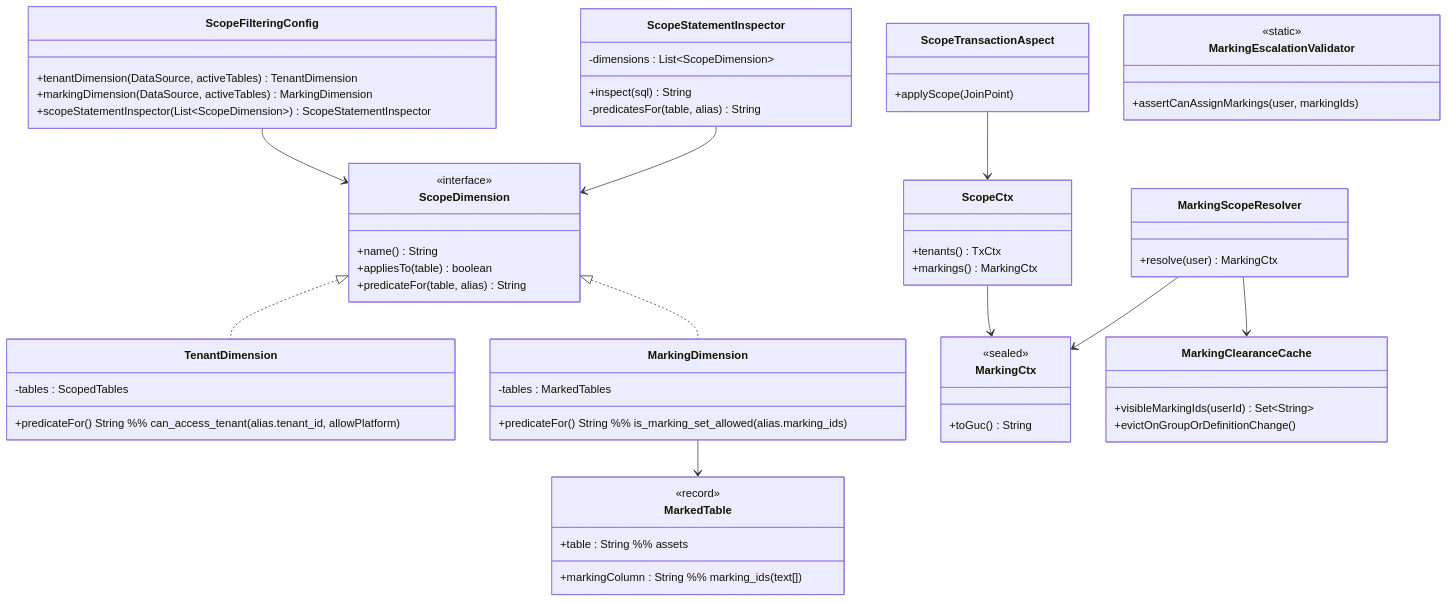
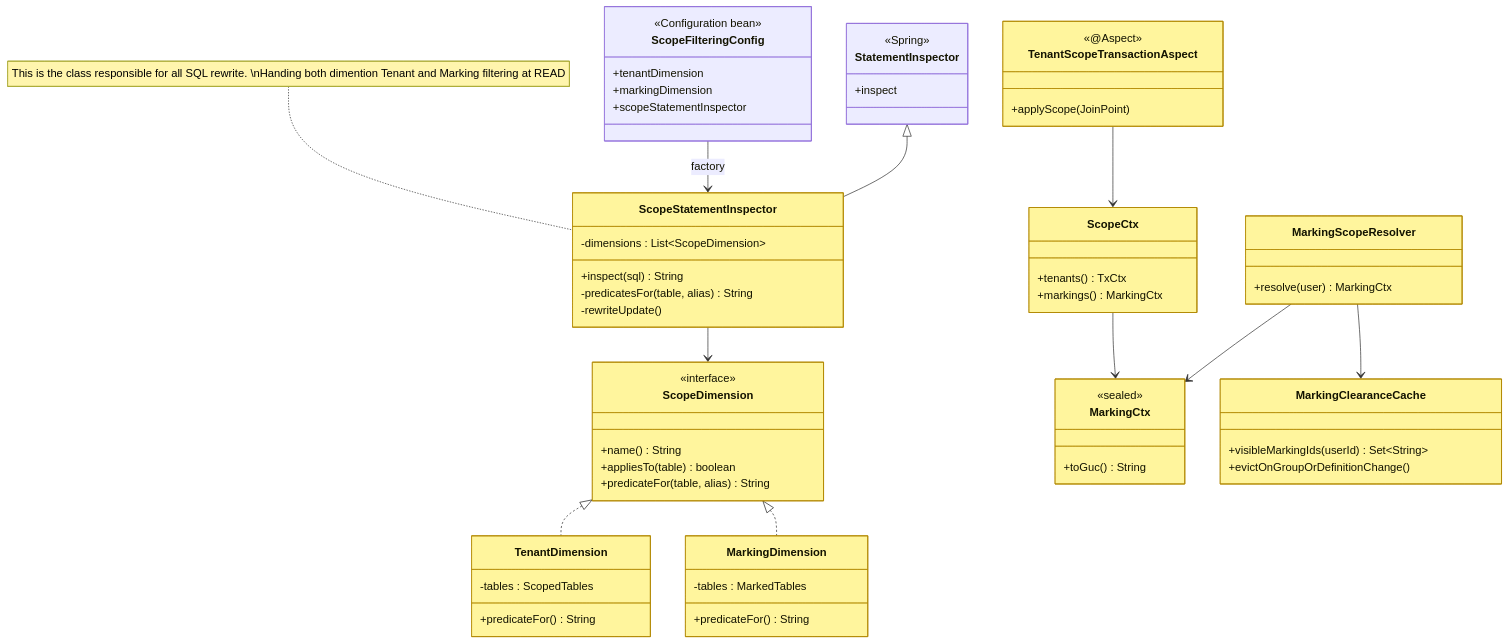
One commit to OpenAEV-Platform/openaev changed the fifth of 7 diagrams in brainstorming/marking/tech-design-option-c.md. Above: the diagram before and after it, drawn with Mermaid. The commit also changed other lines of this file and 1 other file, not shown here.

````diff
--- a/brainstorming/marking/tech-design-option-c.md
+++ b/brainstorming/marking/tech-design-option-c.md
@@ -371,34 +487,33 @@
 
     class TenantDimension {
       -tables : ScopedTables
-      +predicateFor() String  %% can_access_tenant(alias.tenant_id, allowPlatform)
+      +predicateFor() String  
     }
 
     class MarkingDimension {
       -tables : MarkedTables
-      +predicateFor() String  %% is_marking_set_allowed(alias.marking_ids)
+      +predicateFor() String  
     }
 
-    class MarkedTable {
-      <<record>>
-      +table : String            %% assets
-      +markingColumn : String    %% marking_ids  (text[])
-    }
-
+  class StatementInspector {
+    <<Spring>>
+    +inspect
+  }
     class ScopeStatementInspector {
       -dimensions : List~ScopeDimension~
       +inspect(sql) String
       -predicatesFor(table, alias) String
+      -rewriteUpdate()
     }
 
     class ScopeFilteringConfig {
-      +tenantDimension(DataSource, activeTables) TenantDimension
-      +markingDimension(DataSource, activeTables) MarkingDimension
-      +scopeStatementInspector(List~ScopeDimension~) ScopeStatementInspector
+      <<Configuration bean>>
+      +tenantDimension
+      +markingDimension
+      +scopeStatementInspector
     }
 
     class ScopeCtx {
-      %% assembled by the aspect, not a REST parameter (§4.1.1)
       +tenants() TxCtx
       +markings() MarkingCtx
     }
@@ -417,22 +532,31 @@
       +evictOnGroupOrDefinitionChange()
     }
 
-    class ScopeTransactionAspect {
+    class TenantScopeTransactionAspect {
+        <<@Aspect>>
       +applyScope(JoinPoint)
     }
 
-    class MarkingEscalationValidator {
-      <<static>>
-      +assertCanAssignMarkings(user, markingIds)
-    }
-
+    
+    ScopeFilteringConfig --> ScopeStatementInspector : factory
     ScopeDimension <|.. TenantDimension
     ScopeDimension <|.. MarkingDimension
-    MarkingDimension --> MarkedTable
-    ScopeFilteringConfig --> ScopeDimension
+    StatementInspector <|-- ScopeStatementInspector
     ScopeStatementInspector --> ScopeDimension
-    ScopeTransactionAspect --> ScopeCtx
+
+    TenantScopeTransactionAspect --> ScopeCtx
     ScopeCtx --> MarkingCtx
     MarkingScopeResolver --> MarkingClearanceCache
     MarkingScopeResolver --> MarkingCtx
+
+    note for ScopeStatementInspector "This is the class responsible for all SQL rewrite. \nHanding both dimention Tenant and Marking filtering at READ"
+    style ScopeStatementInspector fill:#fff59d,stroke:#b28900
+    style ScopeDimension fill:#fff59d,stroke:#b28900
+    style TenantDimension fill:#fff59d,stroke:#b28900
+    style MarkingDimension fill:#fff59d,stroke:#b28900
+    style TenantScopeTransactionAspect fill:#fff59d,stroke:#b28900
+    style ScopeCtx fill:#fff59d,stroke:#b28900
+    style MarkingCtx fill:#fff59d,stroke:#b28900
+    style MarkingClearanceCache fill:#fff59d,stroke:#b28900
+    style MarkingScopeResolver fill:#fff59d,stroke:#b28900
 ```
````
